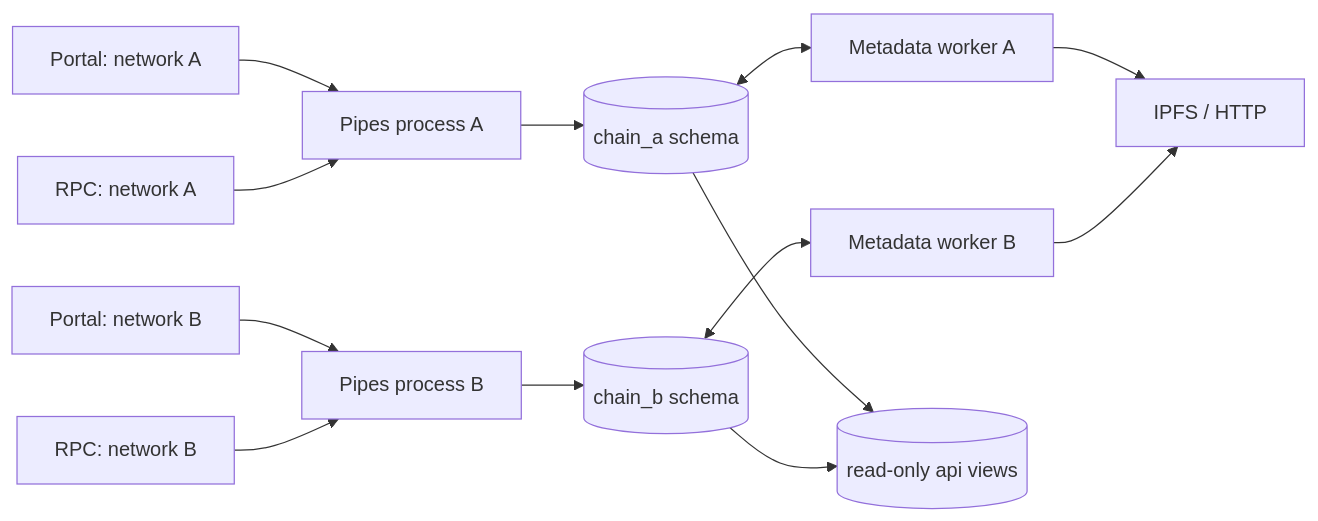
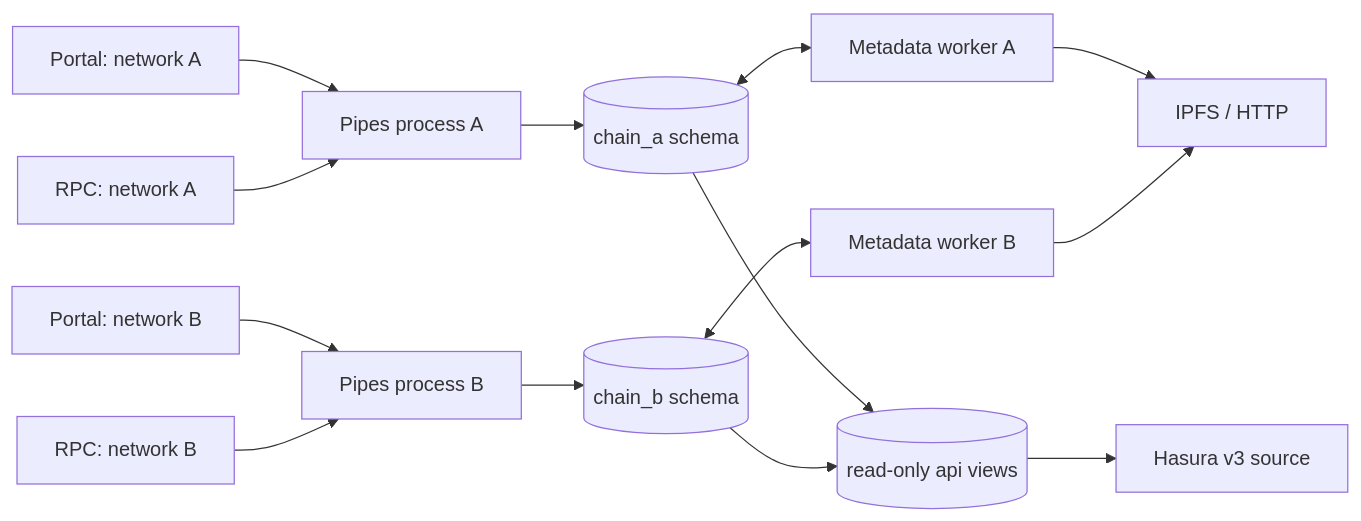
Before and after one commit to chillwhales/lsp-indexer: the first of 2 diagrams in apps/docs/public/llm/indexer.md, drawn with Mermaid. The commit also changed other lines of this file and 41 other files, not shown here.

Commit message:
feat(indexer): expose the v3 GraphQL API (#386)

````diff
--- a/apps/docs/public/llm/indexer.md
+++ b/apps/docs/public/llm/indexer.md
@@ -41,15 +42,16 @@
 ```mermaid
 flowchart LR
   PortalA[Portal: network A] --> PipeA[Pipes process A]
   PortalB[Portal: network B] --> PipeB[Pipes process B]
   RpcA[RPC: network A] --> PipeA
   RpcB[RPC: network B] --> PipeB
   PipeA --> SchemaA[(chain_a schema)]
   PipeB --> SchemaB[(chain_b schema)]
   SchemaA <--> WorkerA[Metadata worker A]
   SchemaB <--> WorkerB[Metadata worker B]
   WorkerA --> Content[IPFS / HTTP]
   WorkerB --> Content
   SchemaA --> API[(read-only api views)]
   SchemaB --> API
+  API --> Hasura[Hasura v3 source]
 ```
````
